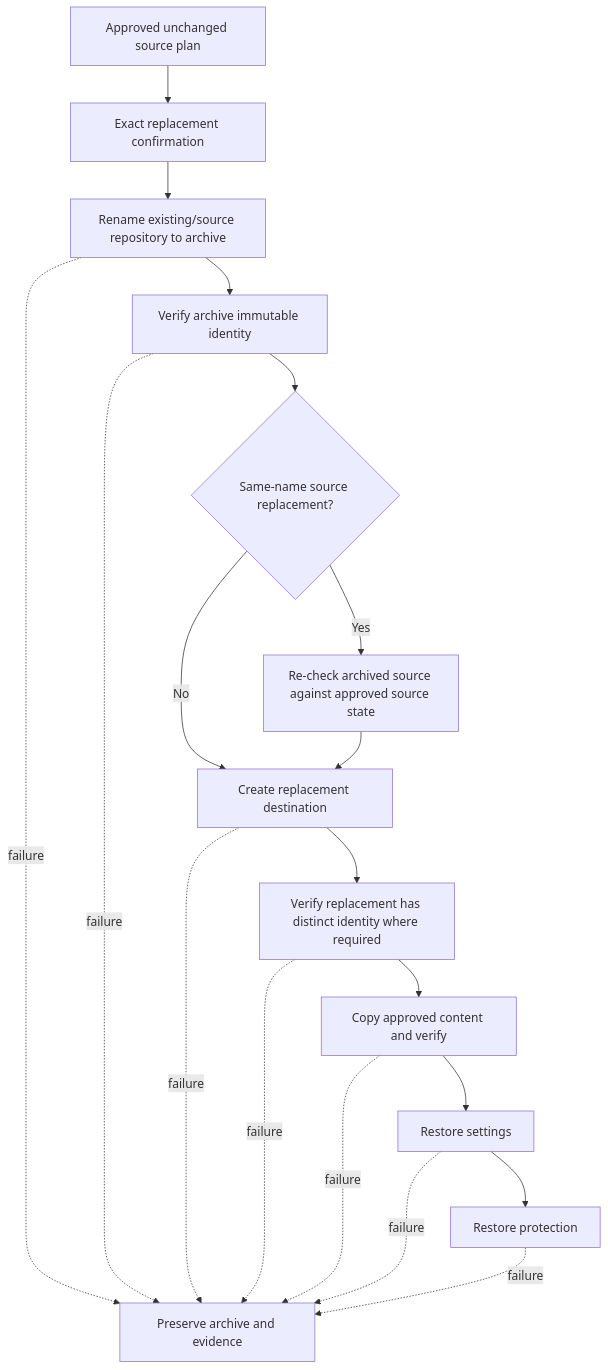
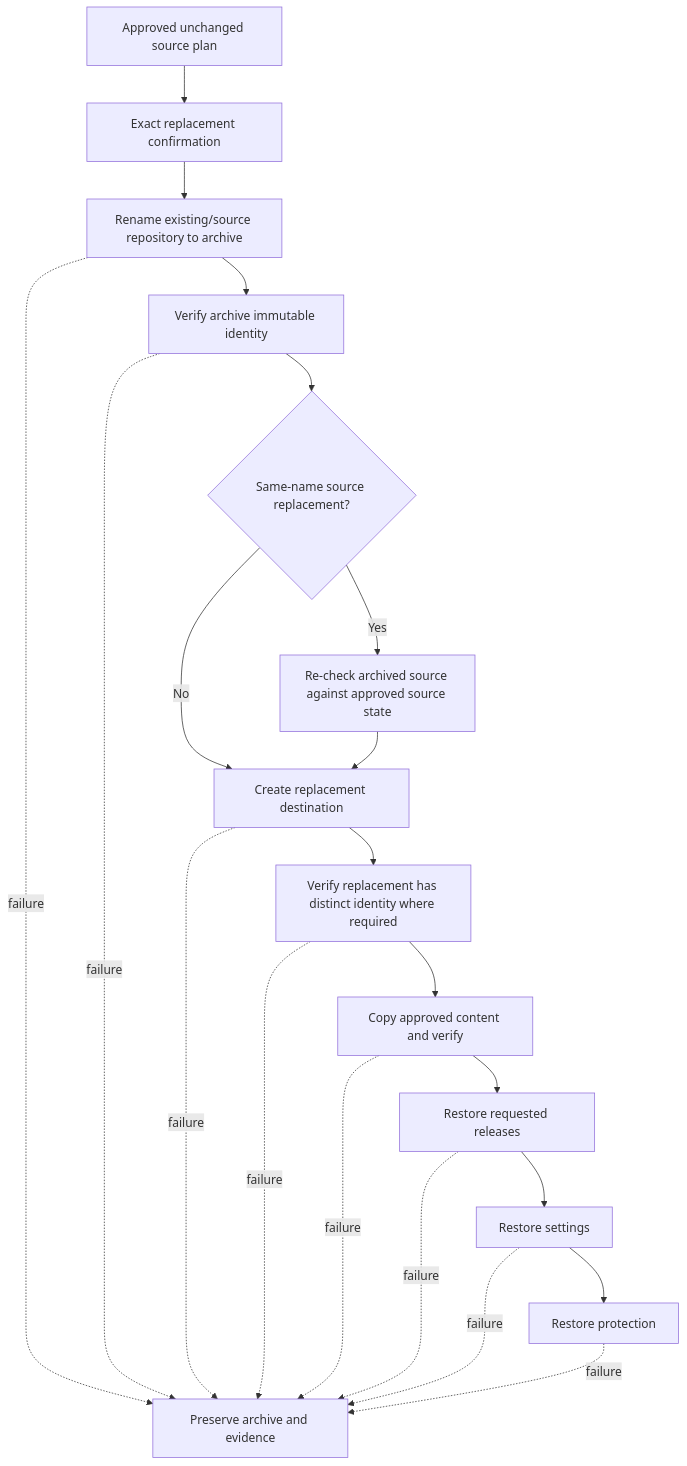
Before and after one commit to infoconex/copy-github-repo: the third of 3 diagrams in docs/product/architecture.md, drawn with Mermaid. The commit also changed other lines of this file and 53 other files, not shown here.

````diff
--- a/docs/product/architecture.md
+++ b/docs/product/architecture.md
@@ -167,22 +179,24 @@
 ```mermaid
 flowchart TD
     A[Approved unchanged source plan] --> B[Exact replacement confirmation]
     B --> C[Rename existing/source repository to archive]
     C --> D[Verify archive immutable identity]
     D --> E{Same-name source replacement?}
     E -- Yes --> F[Re-check archived source against approved source state]
     E -- No --> G[Create replacement destination]
     F --> G
     G --> H[Verify replacement has distinct identity where required]
     H --> I[Copy approved content and verify]
-    I --> J[Restore settings]
-    J --> K[Restore protection]
+    I --> J[Restore requested releases]
+    J --> K[Restore settings]
+    K --> L[Restore protection]
 
     C -. failure .-> R[Preserve archive and evidence]
     D -. failure .-> R
     G -. failure .-> R
     H -. failure .-> R
     I -. failure .-> R
     J -. failure .-> R
     K -. failure .-> R
+    L -. failure .-> R
 ```
````
